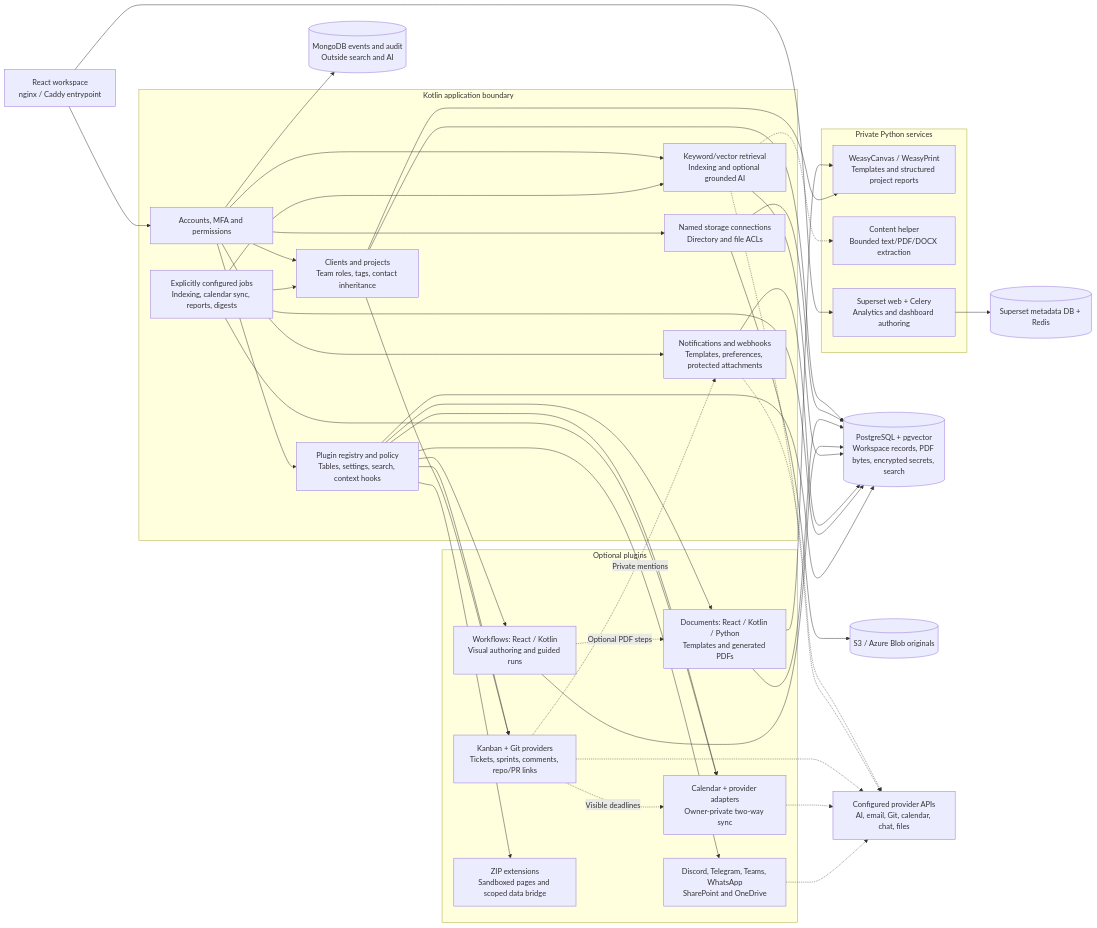
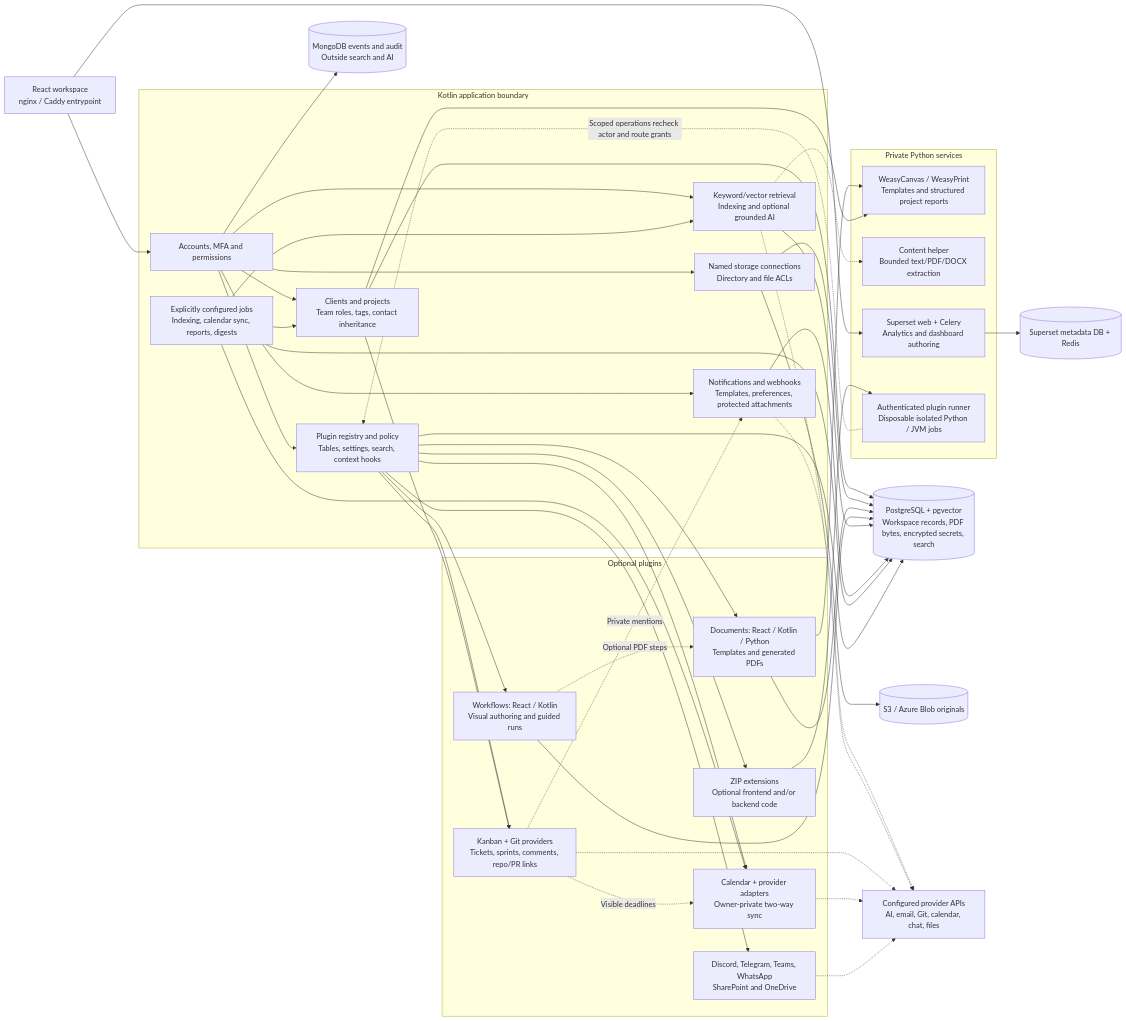
Before and after one commit to GrahamCHill/Meshable-Ops: the first of 2 diagrams in docs/architecture.md, drawn with Mermaid. The commit also changed other lines of this file and 47 other files, not shown here.

First line of the commit message:
feat: Expand Python and Kotlin ZIP plugin support

````diff
--- a/docs/architecture.md
+++ b/docs/architecture.md
@@ -33,47 +34,50 @@
 ```mermaid
 flowchart LR
     browser["React workspace<br/>nginx / Caddy entrypoint"]
     subgraph core["Kotlin application boundary"]
         auth["Accounts, MFA and permissions"]
         projects["Clients and projects<br/>Team roles, tags, contact inheritance"]
         storage["Named storage connections<br/>Directory and file ACLs"]
         search["Keyword/vector retrieval<br/>Indexing and optional grounded AI"]
         messaging["Notifications and webhooks<br/>Templates, preferences, protected attachments"]
         jobs["Explicitly configured jobs<br/>Indexing, calendar sync, reports, digests"]
         host["Plugin registry and policy<br/>Tables, settings, search, context hooks"]
     end
     subgraph modules["Optional plugins"]
         documents["Documents: React / Kotlin / Python<br/>Templates and generated PDFs"]
         workflows["Workflows: React / Kotlin<br/>Visual authoring and guided runs"]
         boards["Kanban + Git providers<br/>Tickets, sprints, comments, repo/PR links"]
         calendar["Calendar + provider adapters<br/>Owner-private two-way sync"]
         integrations["Discord, Telegram, Teams, WhatsApp<br/>SharePoint and OneDrive"]
-        zip["ZIP extensions<br/>Sandboxed pages and scoped data bridge"]
+        zip["ZIP extensions<br/>Optional frontend and/or backend code"]
     end
     subgraph python["Private Python services"]
         render["WeasyCanvas / WeasyPrint<br/>Templates and structured project reports"]
         extract["Content helper<br/>Bounded text/PDF/DOCX extraction"]
         superset["Superset web + Celery<br/>Analytics and dashboard authoring"]
+        runner["Authenticated plugin runner<br/>Disposable isolated Python / JVM jobs"]
     end
     data[("PostgreSQL + pgvector<br/>Workspace records, PDF bytes, encrypted secrets, search")]
     objects[("S3 / Azure Blob originals")]
     mongo[("MongoDB events and audit<br/>Outside search and AI")]
     analytics[("Superset metadata DB + Redis")]
     external["Configured provider APIs<br/>AI, email, Git, calendar, chat, files"]
     browser --> auth
     auth --> projects & storage & search & messaging & host
     browser --> superset --> analytics
     projects & storage & documents & workflows & search & messaging & jobs & host --> data
     storage --> objects
     auth --> mongo
     documents --> render
     projects --> render
     search -.-> extract
     host --> documents & workflows & boards & calendar & integrations & zip
+    zip --> runner
+    runner -. "Scoped operations recheck actor and route grants" .-> host
     workflows -. "Optional PDF steps" .-> documents
     projects --> boards
     boards -. "Visible deadlines" .-> calendar
     boards -. "Private mentions" .-> messaging
     jobs --> projects & search & calendar
     messaging & search & boards & calendar & integrations -.-> external
 ```
````
